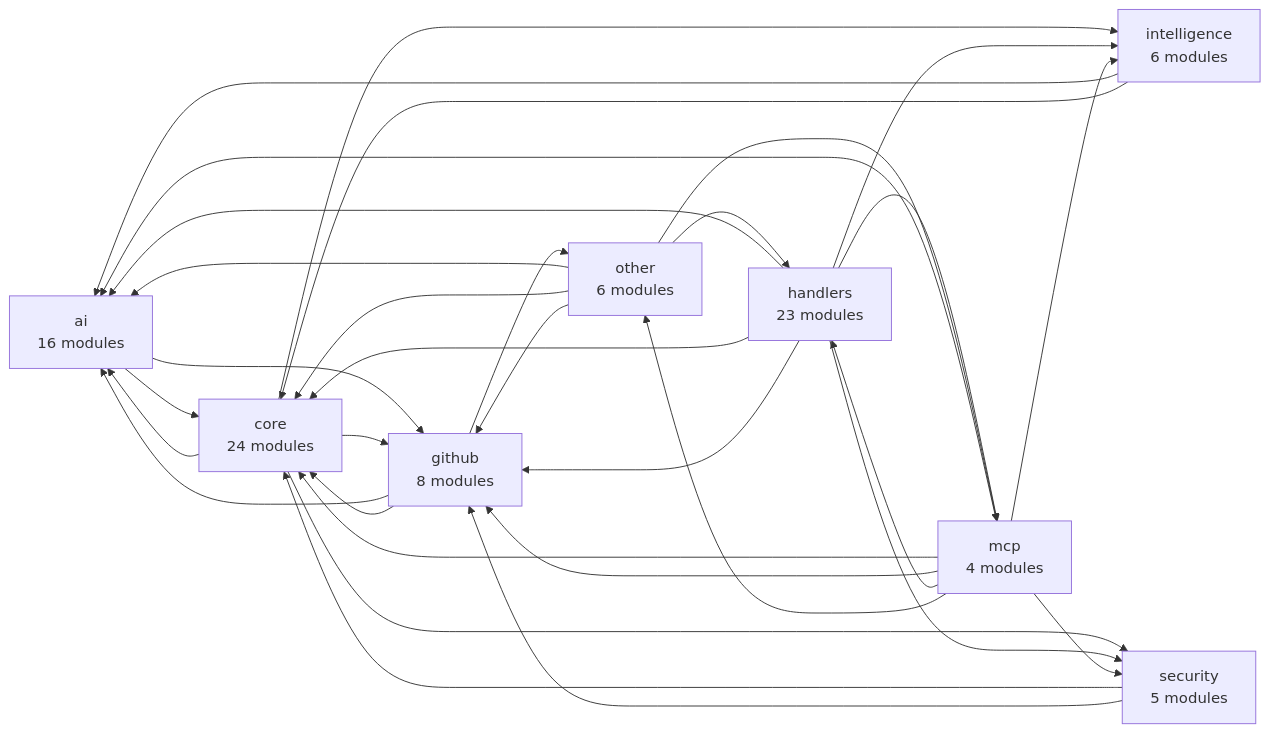
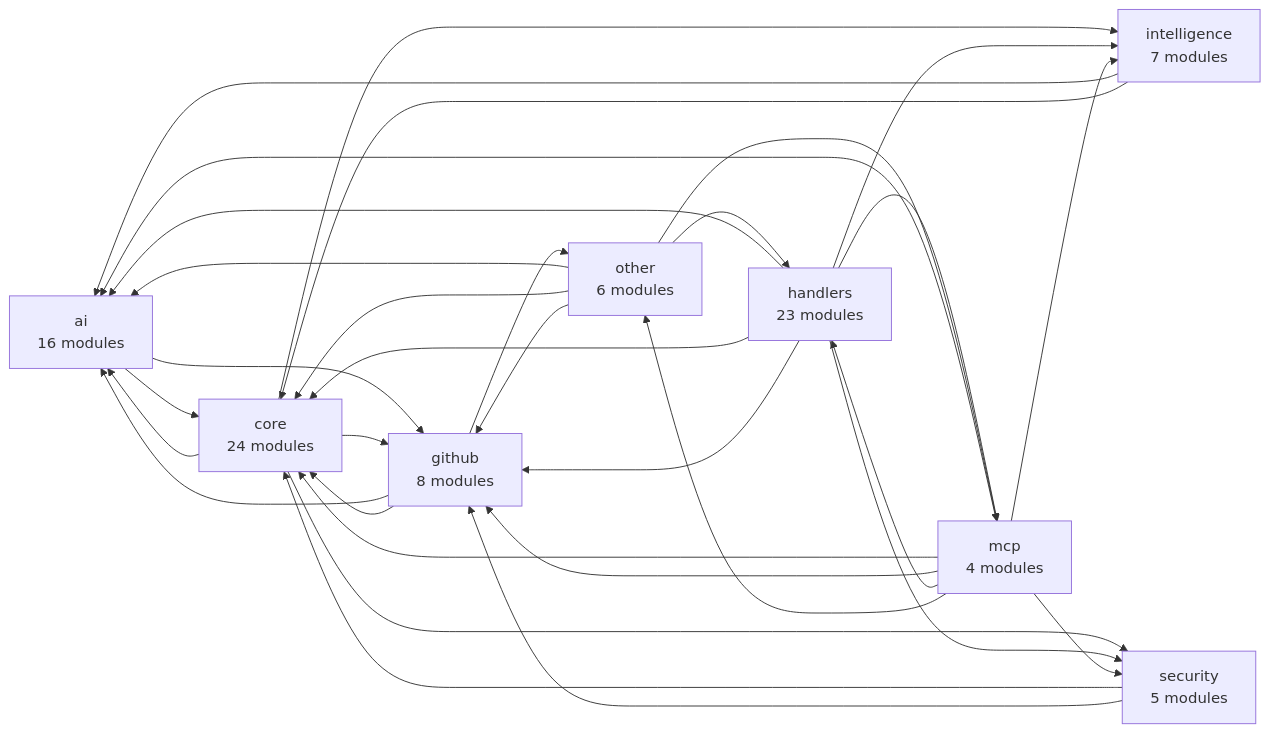
One commit to Shweta-Mishra-ai/github-autopilot changed the second of 2 diagrams in README.md. Above: the diagram before and after it, drawn with Mermaid. The commit also changed other lines of this file and 10 other files, not shown here.

````diff
--- a/README.md
+++ b/README.md
@@ -225,42 +242,42 @@
 ```mermaid
 graph LR
     ai["ai<br/>16 modules"]
     core["core<br/>24 modules"]
     github["github<br/>8 modules"]
     handlers["handlers<br/>23 modules"]
-    intelligence["intelligence<br/>6 modules"]
+    intelligence["intelligence<br/>7 modules"]
     mcp["mcp<br/>4 modules"]
     other["other<br/>6 modules"]
     security["security<br/>5 modules"]
     ai --> core
     ai --> github
     core --> ai
     core --> github
     core --> intelligence
     core --> security
     github --> ai
     github --> core
     github --> other
     handlers --> ai
     handlers --> core
     handlers --> github
     handlers --> intelligence
     handlers --> mcp
     handlers --> security
     intelligence --> ai
     intelligence --> core
     mcp --> ai
     mcp --> core
     mcp --> github
     mcp --> handlers
     mcp --> intelligence
     mcp --> other
     mcp --> security
     other --> ai
     other --> core
     other --> github
     other --> handlers
     other --> mcp
     security --> core
     security --> github
 ```
````
